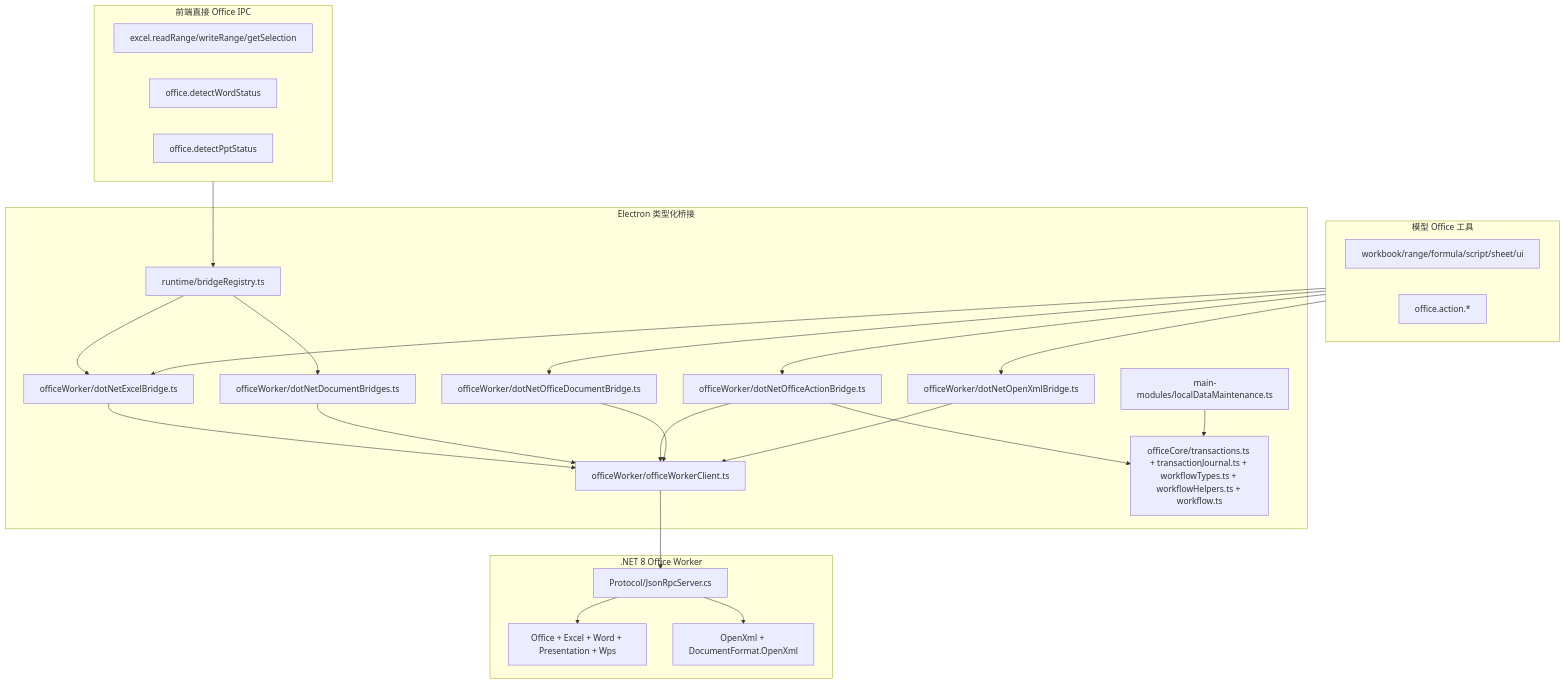
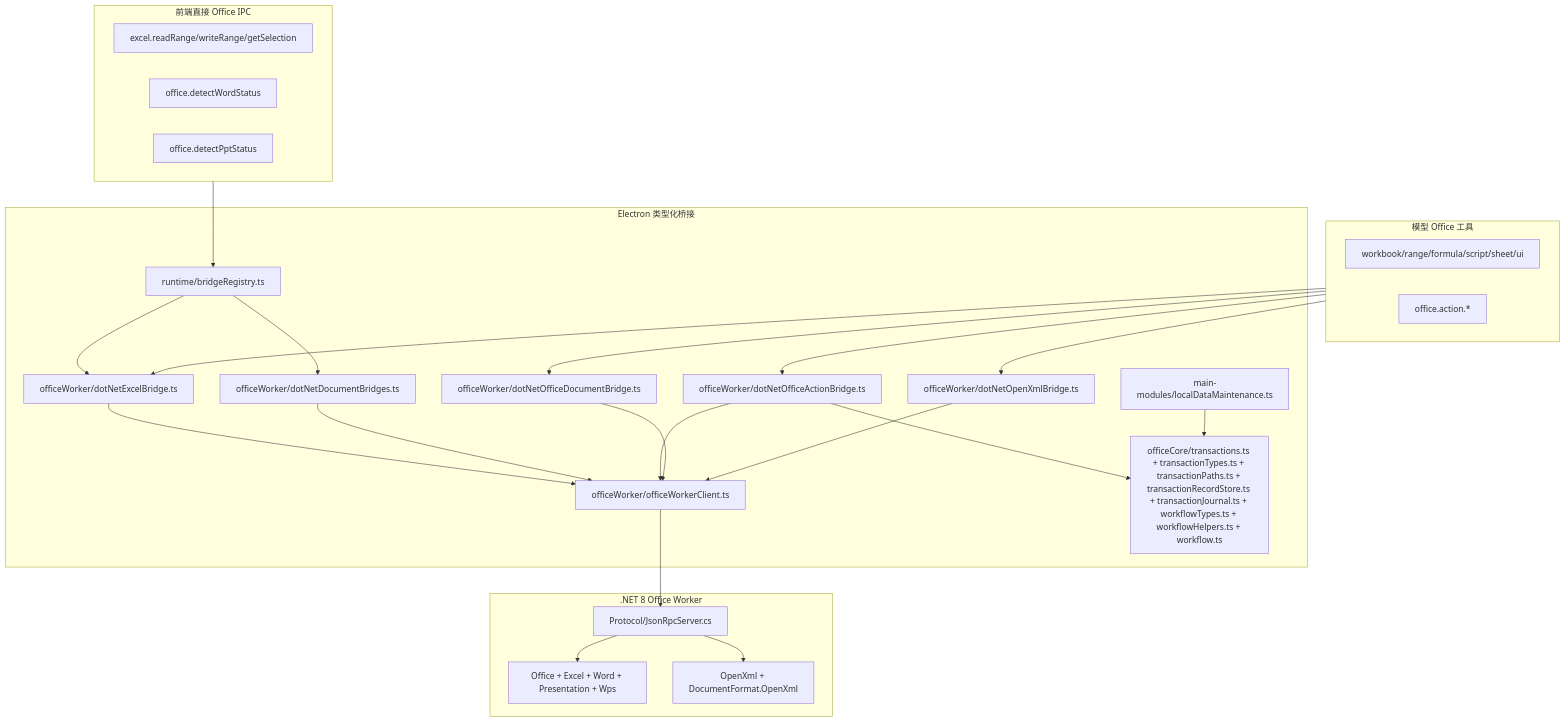
Before and after one commit to Laowang3366/excel-ai-plugin-new-feature: the seventh of 11 diagrams in docs/architecture-map.md, drawn with Mermaid. The commit also changed other lines of this file and 9 other files, not shown here.

Commit message:
refactor: decouple office transaction persistence

````diff
--- a/docs/architecture-map.md
+++ b/docs/architecture-map.md
@@ -321,49 +321,49 @@
 ```mermaid
 flowchart TB
   subgraph DirectIPC["前端直接 Office IPC"]
     ExcelUi["excel.readRange/writeRange/getSelection"]
     WordStatus["office.detectWordStatus"]
     PptStatus["office.detectPptStatus"]
   end
 
   subgraph AgentTools["模型 Office 工具"]
     ExcelTools["workbook/range/formula/script/sheet/ui"]
     OfficeTools["office.action.*"]
   end
 
   subgraph Bridges["Electron 类型化桥接"]
     Registry["runtime/bridgeRegistry.ts"]
     ExcelBridge["officeWorker/dotNetExcelBridge.ts"]
     DocumentBridges["officeWorker/dotNetDocumentBridges.ts"]
     ActionBridge["officeWorker/dotNetOfficeActionBridge.ts"]
     Documents["officeWorker/dotNetOfficeDocumentBridge.ts"]
     OpenXmlBridge["officeWorker/dotNetOpenXmlBridge.ts"]
     Client["officeWorker/officeWorkerClient.ts"]
-    Transactions["officeCore/transactions.ts + transactionJournal.ts + workflowTypes.ts + workflowHelpers.ts + workflow.ts"]
+    Transactions["officeCore/transactions.ts + transactionTypes.ts + transactionPaths.ts + transactionRecordStore.ts + transactionJournal.ts + workflowTypes.ts + workflowHelpers.ts + workflow.ts"]
     Retention["main-modules/localDataMaintenance.ts"]
   end
 
   subgraph Worker[".NET 8 Office Worker"]
     JsonRpc["Protocol/JsonRpcServer.cs"]
     ComServices["Office + Excel + Word + Presentation + Wps"]
     OpenXmlServices["OpenXml + DocumentFormat.OpenXml"]
   end
 
   DirectIPC --> Registry
   Registry --> ExcelBridge
   Registry --> DocumentBridges
   AgentTools --> ExcelBridge
   AgentTools --> ActionBridge
   AgentTools --> Documents
   AgentTools --> OpenXmlBridge
   ActionBridge --> Transactions
   Retention --> Transactions
   ExcelBridge --> Client
   DocumentBridges --> Client
   ActionBridge --> Client
   Documents --> Client
   OpenXmlBridge --> Client
   Client --> JsonRpc
   JsonRpc --> ComServices
   JsonRpc --> OpenXmlServices
 ```
````
